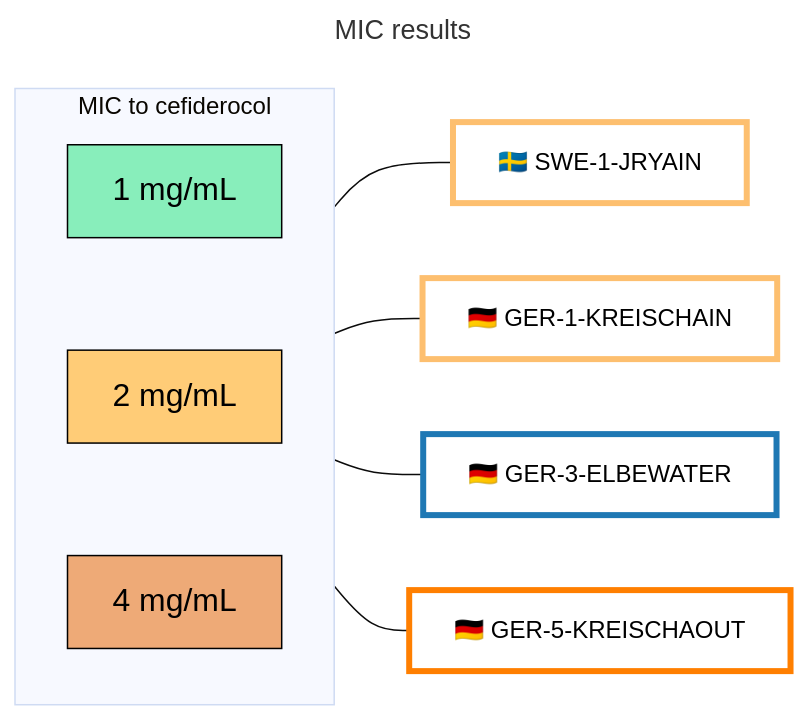
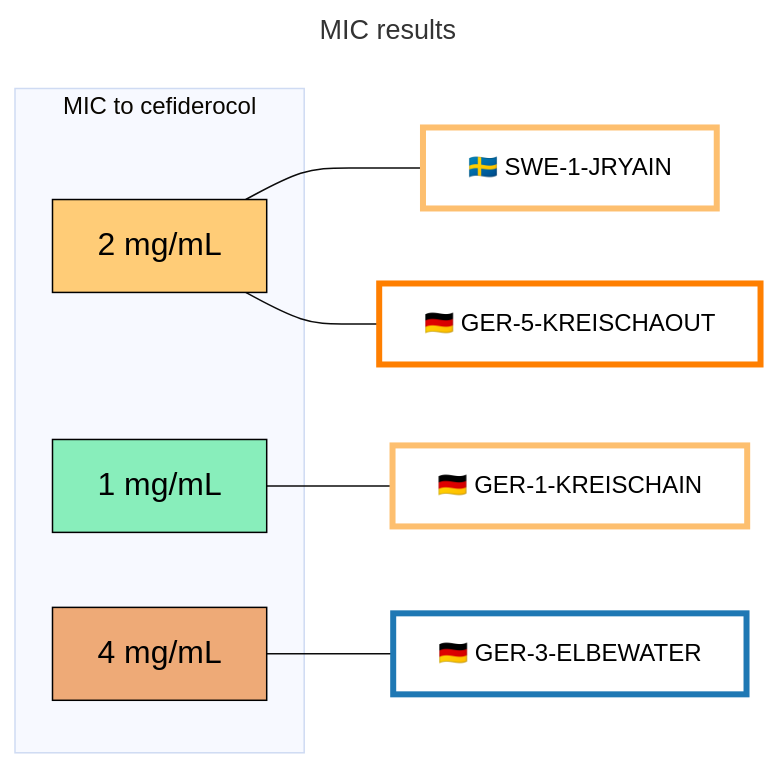
Before and after one commit to RemiGSC/Mgf_FDC: the second of 2 diagrams in README.md, drawn with Mermaid (base theme). The commit also changed other lines of this file, not shown here.

````diff
--- a/README.md
+++ b/README.md
@@ -77,30 +77,28 @@
 ```mermaid
 ---
 title: MIC results
 ---
 
 graph LR
 	subgraph MIC [MIC to cefiderocol]
-		direction TD
 		Two[2 mg/mL]
 		One[1 mg/mL]
 		Four[4 mg/mL]
-		One ~~~ Two ~~~ Four
 	end
 
 Two[2 mg/mL] --- C1[🇸🇪 SWE-1-JRYAIN]
 One[1 mg/mL] --- C3a[🇩🇪 GER-1-KREISCHAIN]
 Four[4 mg/mL] --- C3b[🇩🇪 GER-3-ELBEWATER]
 Two --- C3c[🇩🇪 GER-5-KREISCHAOUT]
 
 
 style One stroke:#000,fill:#8eb,font-size:110%,color:#000
 style Two stroke:#000,fill:#fc7,font-size:110%,color:#000
 style Four stroke:#000,fill:#ea7,font-size:110%,color:#000
 
 style C1 stroke:#fdbf6f,fill:#fff,color:#000,stroke-width:4px
 style C3a stroke:#fdbf6f,fill:#fff,color:#000,stroke-width:4px
 style C3b stroke:#1f78b4,fill:#fff,color:#000,stroke-width:4px
 style C3c stroke:#ff7f00,fill:#fff,color:#000,stroke-width:4px
 
 ```
````
